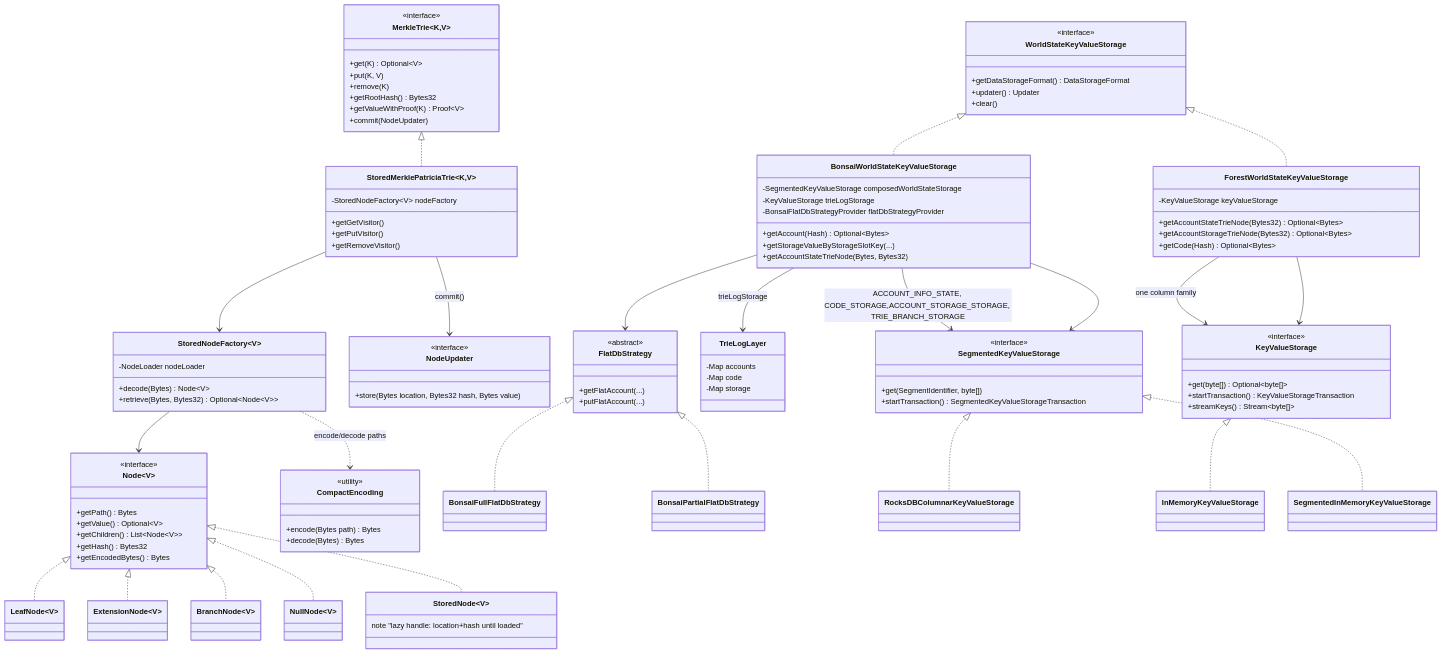
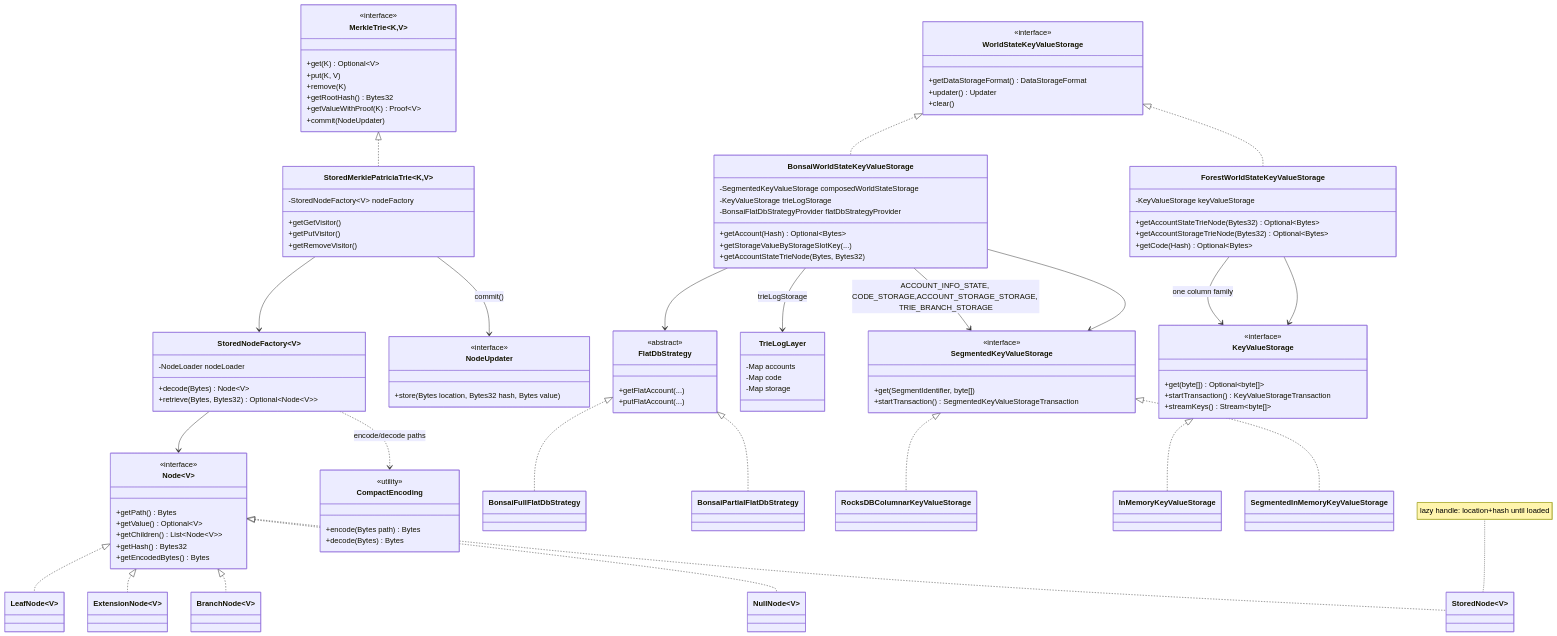
The first of 2 diagrams in docs/besu-architecture/08-storage-trie.md (hohowin/Hyperledger-Besu-Docker-Testnet), drawn with Mermaid before and after one commit. The commit also changed 14 other files, not shown here.

Commit message:
fix doc diagrams

```diff
--- a/docs/besu-architecture/08-storage-trie.md
+++ b/docs/besu-architecture/08-storage-trie.md
@@ -54,9 +54,8 @@
     class ExtensionNode~V~
     class BranchNode~V~
     class NullNode~V~
-    class StoredNode~V~ {
-        note "lazy handle: location+hash until loaded"
-    }
+    class StoredNode~V~
+    note for StoredNode "lazy handle: location+hash until loaded"
     class StoredNodeFactory~V~ {
         -NodeLoader nodeLoader
         +decode(Bytes) Node~V~
```
